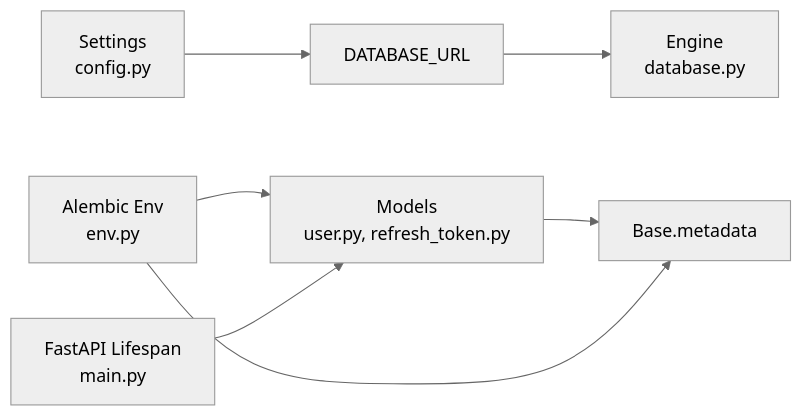
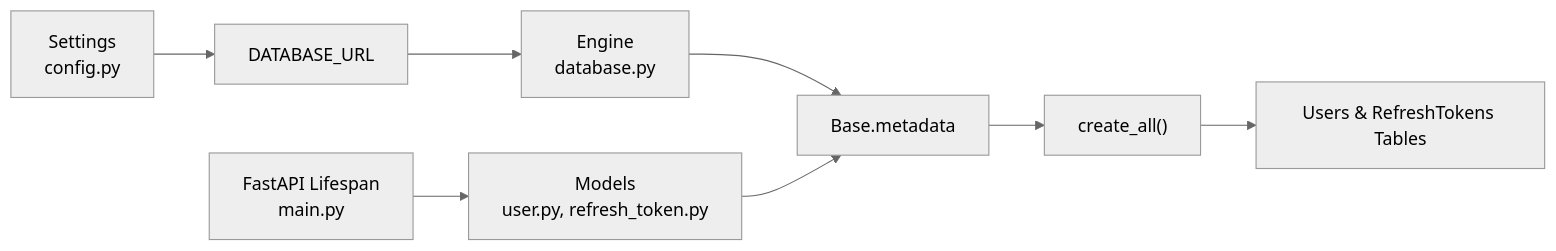
Before and after one commit to Nikita5543/New-SSO-02: the sixth of 6 diagrams in .qoder/repowiki/en/content/Database Design.md, drawn with Mermaid (neutral theme). The commit also changed other lines of this file and 4 other files, not shown here.

````diff
--- a/.qoder/repowiki/en/content/Database Design.md
+++ b/.qoder/repowiki/en/content/Database Design.md
@@ -330,9 +383,10 @@
 ```mermaid
 graph LR
 CFG["Settings<br/>config.py"] --> DBURL["DATABASE_URL"]
 DBURL --> ENG["Engine<br/>database.py"]
-ENV["Alembic Env<br/>env.py"] --> MODELS["Models<br/>user.py, refresh_token.py"]
-MODELS --> META["Base.metadata"]
-ENV --> META
-MAIN["FastAPI Lifespan<br/>main.py"] --> MODELS
+ENG --> META["Base.metadata"]
+META --> CREATE["create_all()"]
+CREATE --> TABLES["Users & RefreshTokens Tables"]
+MAIN["FastAPI Lifespan<br/>main.py"] --> MODELS["Models<br/>user.py, refresh_token.py"]
+MODELS --> META
 ```
````
